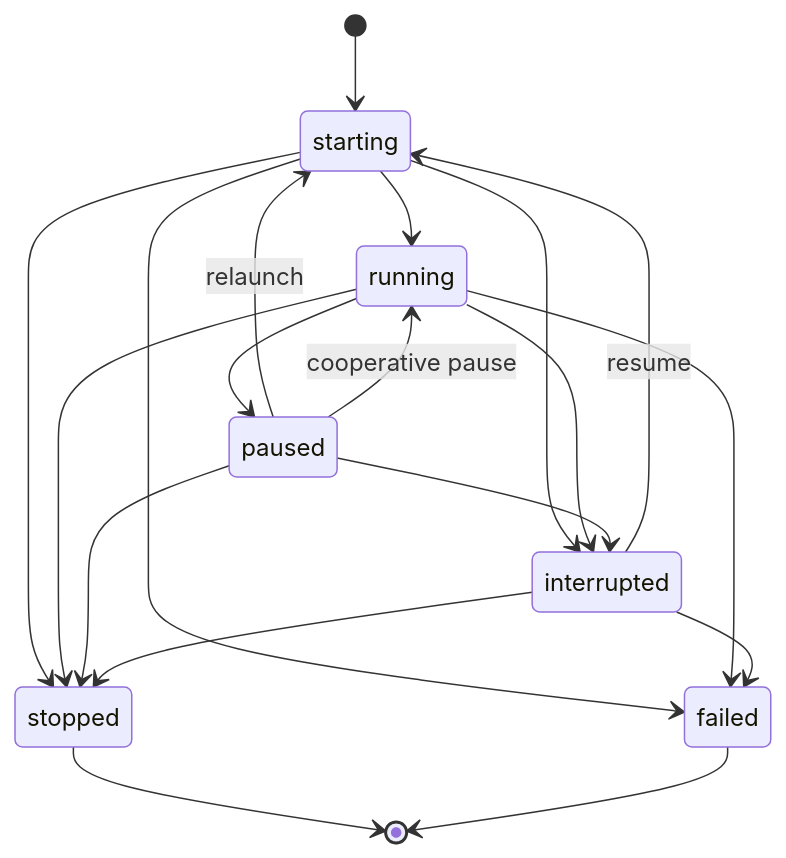
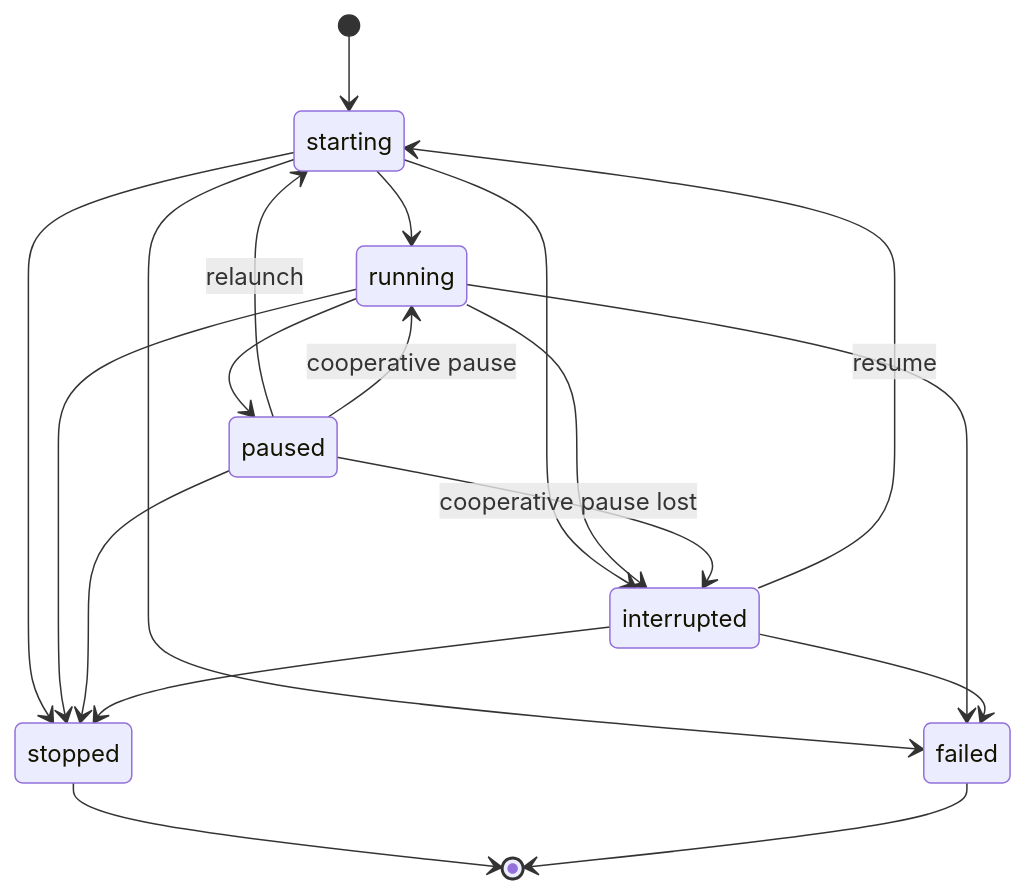
Before and after one commit to wstein/workharbor: the second of 4 diagrams in docs/content/docs/design/domain.md, drawn with Mermaid. The commit also changed other lines of this file and 1 other file, not shown here.

First line of the commit message:
docs(design): keep a human's pause across an environment stop

````diff
--- a/docs/content/docs/design/domain.md
+++ b/docs/content/docs/design/domain.md
@@ -70,21 +70,21 @@
     ```mermaid
     stateDiagram-v2
         [*] --> starting
         starting --> running
         starting --> stopped
         starting --> failed
         starting --> interrupted
         running --> paused
         running --> stopped
         running --> failed
         running --> interrupted
         paused --> starting: relaunch
         paused --> running: cooperative pause
         paused --> stopped
-        paused --> interrupted
+        paused --> interrupted: cooperative pause lost
         interrupted --> starting: resume
         interrupted --> stopped
         interrupted --> failed
         stopped --> [*]
         failed --> [*]
     ```
````
